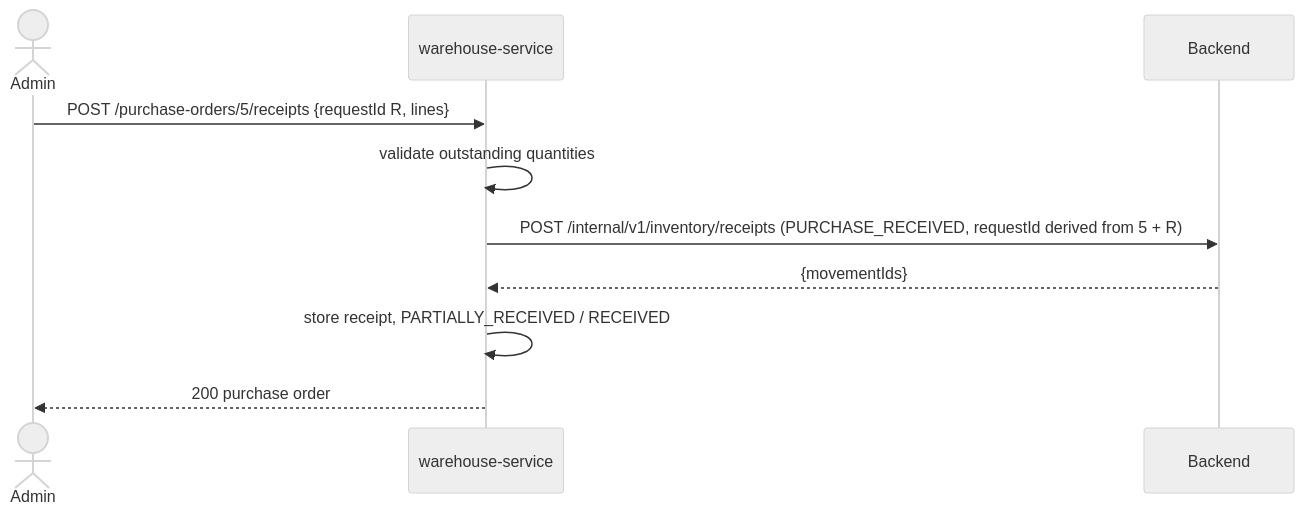
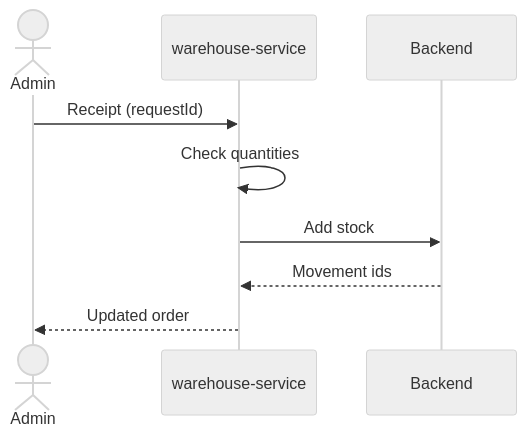
The second of 2 diagrams in docs-site/docs/flows/purchasing.md (slawekradzyminski/awesome-localstack), drawn with Mermaid (neutral theme) before and after one commit. The commit also changed other lines of this file and 27 other files, not shown here.

First line of the commit message:
Fix unrendered wiki diagrams and make every diagram readable

````diff
--- a/docs-site/docs/flows/purchasing.md
+++ b/docs-site/docs/flows/purchasing.md
@@ -46,12 +43,11 @@
 ```mermaid
 sequenceDiagram
     actor A as Admin
     participant W as warehouse-service
     participant B as Backend
-    A->>W: POST /purchase-orders/5/receipts {requestId R, lines}
-    W->>W: validate outstanding quantities
-    W->>B: POST /internal/v1/inventory/receipts (PURCHASE_RECEIVED, requestId derived from 5 + R)
-    B-->>W: {movementIds}
-    W->>W: store receipt, PARTIALLY_RECEIVED / RECEIVED
-    W-->>A: 200 purchase order
+    A->>W: Receipt (requestId)
+    W->>W: Check quantities
+    W->>B: Add stock
+    B-->>W: Movement ids
+    W-->>A: Updated order
 ```
````
